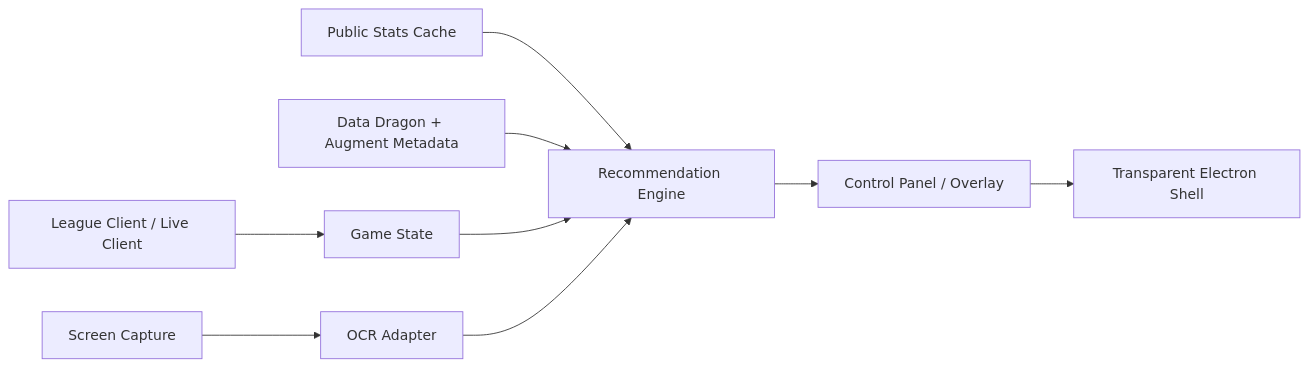
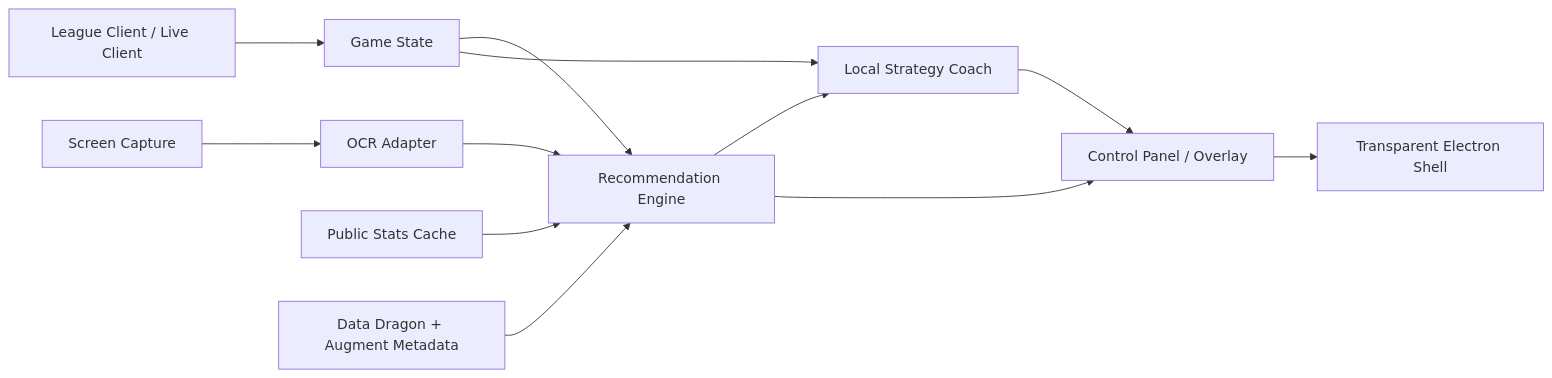
One commit to xzq-xu/open-hex-assistant changed the first of 3 diagrams in docs/architecture.md. Above: the diagram before and after it, drawn with Mermaid. The commit also changed other lines of this file and 15 other files, not shown here.

Commit message:
Add local coach roadmap and overlay strategy

````diff
--- a/docs/architecture.md
+++ b/docs/architecture.md
@@ -9,11 +13,14 @@
 ```mermaid
 flowchart LR
   LCU["League Client / Live Client"] --> State["Game State"]
   Screen["Screen Capture"] --> OCR["OCR Adapter"]
   Stats["Public Stats Cache"] --> Engine["Recommendation Engine"]
   Meta["Data Dragon + Augment Metadata"] --> Engine
   State --> Engine
+  State --> Coach["Local Strategy Coach"]
+  Engine --> Coach
   OCR --> Engine
+  Coach --> UI
   Engine --> UI["Control Panel / Overlay"]
   UI --> Shell["Transparent Electron Shell"]
 ```
````
